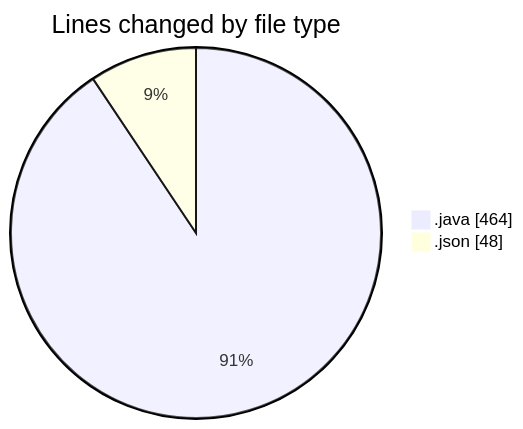
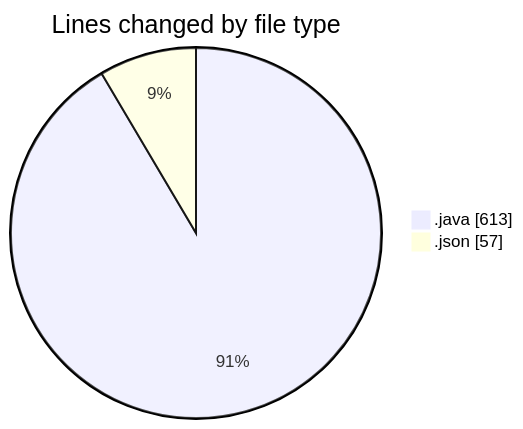
The first of 2 diagrams in 2025-05-27/minisocialnetwork/README.md (NitaiMahat/code-tracking), drawn with Mermaid before and after one commit. The commit also changed other lines of this file and 1 other file, not shown here.

````diff
--- a/2025-05-27/minisocialnetwork/README.md
+++ b/2025-05-27/minisocialnetwork/README.md
@@ -31,6 +31,6 @@
 ```mermaid
 pie showData
 title Lines changed by file type
-".java" : 464
-".json" : 48
+".java" : 613
+".json" : 57
 ```
````
